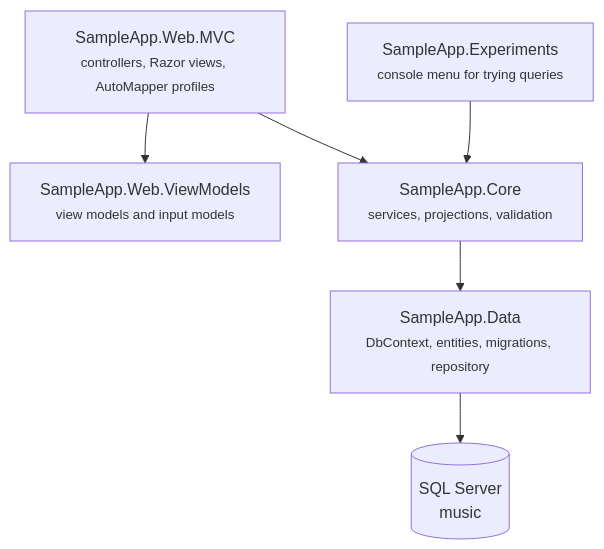
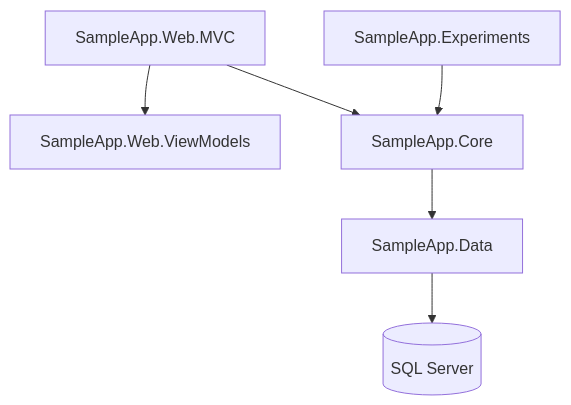
The first of 3 diagrams in README.md (AtanasG6/SampleApp), drawn with Mermaid before and after one commit. The commit also changed other lines of this file, not shown here.

First line of the commit message:
Fix the sequence diagram and trim the README

````diff
--- a/README.md
+++ b/README.md
@@ -19,15 +18,15 @@
 ```mermaid
 flowchart TD
-    MVC["SampleApp.Web.MVC<br/><small>controllers, Razor views, AutoMapper profiles</small>"]
-    VM["SampleApp.Web.ViewModels<br/><small>view models and input models</small>"]
-    EXP["SampleApp.Experiments<br/><small>console menu for trying queries</small>"]
-    CORE["SampleApp.Core<br/><small>services, projections, validation</small>"]
-    DATA["SampleApp.Data<br/><small>DbContext, entities, migrations, repository</small>"]
-    DB[("SQL Server<br/>music")]
+    MVC["SampleApp.Web.MVC"]
+    VM["SampleApp.Web.ViewModels"]
+    EXP["SampleApp.Experiments"]
+    CORE["SampleApp.Core"]
+    DATA["SampleApp.Data"]
+    DB[("SQL Server")]
 
     MVC --> VM
     MVC --> CORE
     EXP --> CORE
     CORE --> DATA
     DATA --> DB
 ```
````
